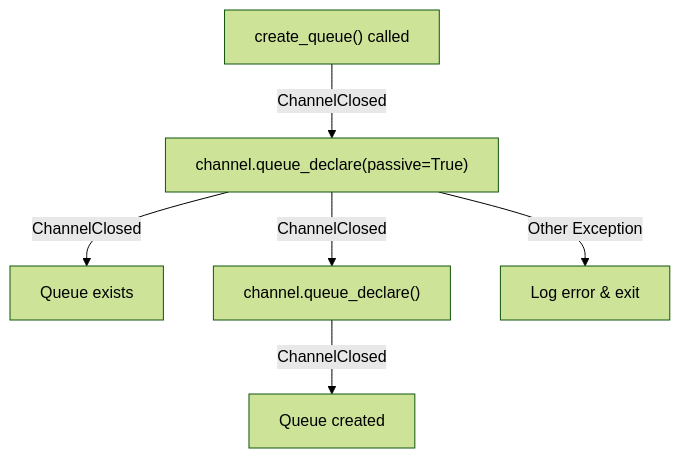
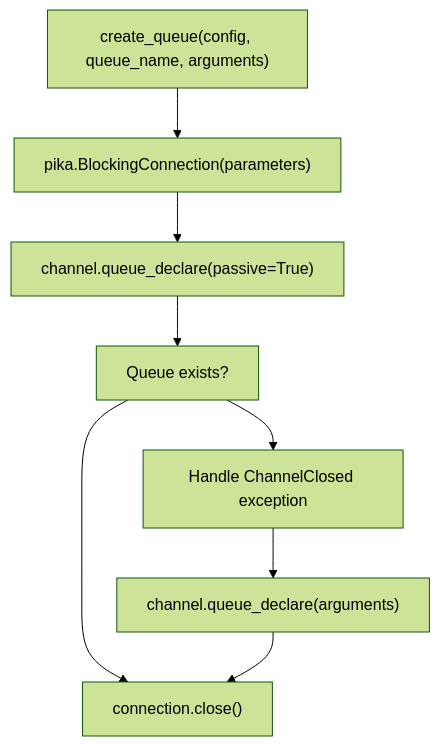
The first of 3 diagrams in docs/wiki/Message-Queue-Integration.md (chenyx2012/openchecker), drawn with Mermaid (forest theme) before and after one commit. The commit also changed other lines of this file and 45 other files, not shown here.

````diff
--- a/docs/wiki/Message-Queue-Integration.md
+++ b/docs/wiki/Message-Queue-Integration.md
@@ -162,16 +20,19 @@
 ```mermaid
 flowchart TD
 
-Start["create_queue() called"]
-PassiveDecl["channel.queue_declare(passive=True)"]
-QueueExists["Queue exists"]
-CreateQueue["channel.queue_declare()"]
-QueueCreated["Queue created"]
-Error["Log error & exit"]
+Start["create_queue(config, queue_name, arguments)"]
+Connect["pika.BlockingConnection(parameters)"]
+Declare["channel.queue_declare(passive=True)"]
+Exists["Queue exists?"]
+Create["channel.queue_declare(arguments)"]
+Close["connection.close()"]
+Error["Handle ChannelClosed exception"]
 
-    Start -->|ChannelClosed| PassiveDecl
-    PassiveDecl -->|ChannelClosed| QueueExists
-    PassiveDecl -->|ChannelClosed| CreateQueue
-    PassiveDecl -->|Other Exception| Error
-    CreateQueue -->|ChannelClosed| QueueCreated
+Start --> Connect
+Connect --> Declare
+Declare --> Exists
+Exists --> Close
+Exists --> Error
+Error --> Create
+Create --> Close
 ```
````
